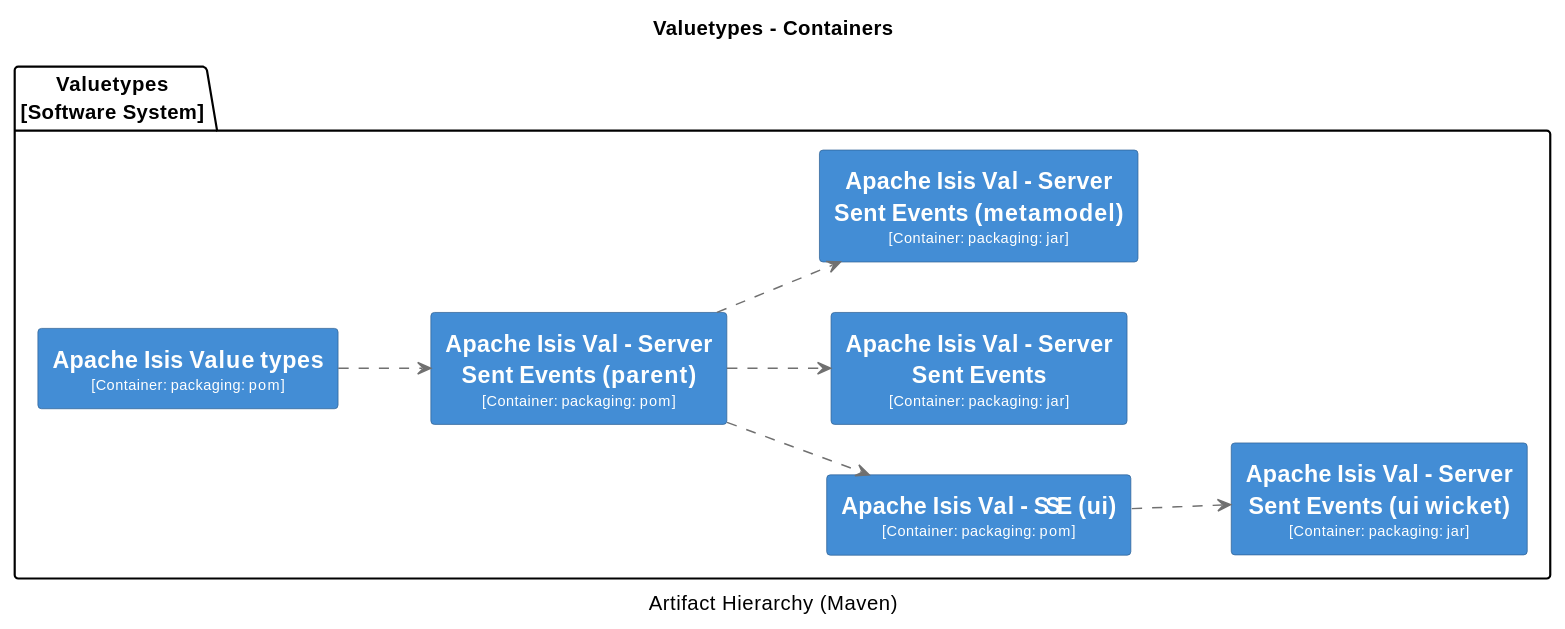
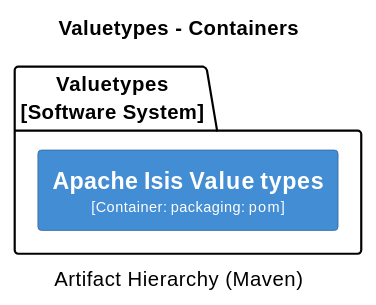
Diagram 17 of 38 in core/adoc/modules/_overview/pages/about.adoc (apache/causeway), drawn with PlantUML before and after one commit. The commit also changed other lines of this file and 20 other files, not shown here.

```diff
--- a/core/adoc/modules/_overview/pages/about.adoc
+++ b/core/adoc/modules/_overview/pages/about.adoc
@@ -2944,60 +2940,25 @@
 [plantuml,Valuetypes,svg]
 ----
 @startuml(id=Valuetypes)
 title Valuetypes - Containers
 caption Artifact Hierarchy (Maven)
 
 skinparam {
   shadowing false
   arrowFontSize 10
   defaultTextAlignment center
   wrapWidth 200
   maxMessageSize 100
 }
 hide stereotype
 left to right direction
 skinparam rectangle<<2>> {
   BackgroundColor #438dd5
   FontColor #fffffe
   BorderColor #2E6295
 }
-skinparam rectangle<<3>> {
-  BackgroundColor #438dd5
-  FontColor #fffffe
-  BorderColor #2E6295
-}
-skinparam rectangle<<4>> {
-  BackgroundColor #438dd5
-  FontColor #fffffe
-  BorderColor #2E6295
-}
-skinparam rectangle<<5>> {
-  BackgroundColor #438dd5
-  FontColor #fffffe
-  BorderColor #2E6295
-}
-skinparam rectangle<<6>> {
-  BackgroundColor #438dd5
-  FontColor #fffffe
-  BorderColor #2E6295
-}
-skinparam rectangle<<7>> {
-  BackgroundColor #438dd5
-  FontColor #fffffe
-  BorderColor #2E6295
-}
 package "Valuetypes\n[Software System]" {
-  rectangle "==Apache Isis Val - SSE (ui)\n<size:10>[Container: packaging: pom]</size>" <<6>> as 6
-  rectangle "==Apache Isis Val - Server Sent Events\n<size:10>[Container: packaging: jar]</size>" <<4>> as 4
-  rectangle "==Apache Isis Val - Server Sent Events (metamodel)\n<size:10>[Container: packaging: jar]</size>" <<5>> as 5
-  rectangle "==Apache Isis Val - Server Sent Events (parent)\n<size:10>[Container: packaging: pom]</size>" <<3>> as 3
-  rectangle "==Apache Isis Val - Server Sent Events (ui wicket)\n<size:10>[Container: packaging: jar]</size>" <<7>> as 7
   rectangle "==Apache Isis Value types\n<size:10>[Container: packaging: pom]</size>" <<2>> as 2
 }
-6 .[#707070].> 7 : ""
-3 .[#707070].> 6 : ""
-3 .[#707070].> 4 : ""
-3 .[#707070].> 5 : ""
-2 .[#707070].> 3 : ""
 @enduml
 ----
```
